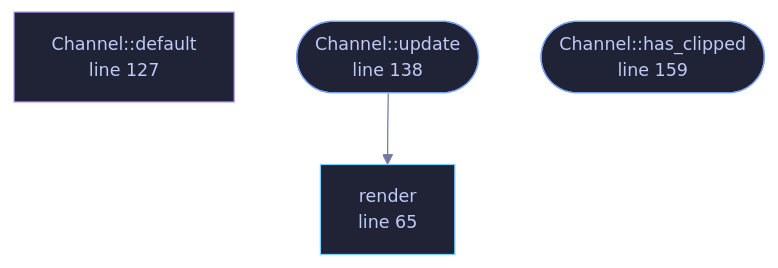
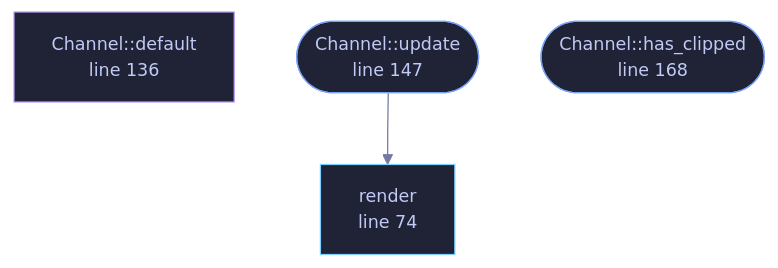
Before and after one commit to tilas01/veilvoice: the diagram in docs/files/veilvoice-cli/meter.md, drawn with Mermaid. The commit also changed other lines of this file and 487 other files, not shown here.

````diff
--- a/docs/files/veilvoice-cli/meter.md
+++ b/docs/files/veilvoice-cli/meter.md
@@ -97,19 +107,19 @@
 ```mermaid
 %%{init: {"theme":"base","themeVariables":{"background":"#1a1b26","primaryColor":"#1f2335","primaryTextColor":"#c0caf5","primaryBorderColor":"#7aa2f7","secondaryColor":"#16161e","tertiaryColor":"#16161e","lineColor":"#737aa2","textColor":"#c0caf5","mainBkg":"#1f2335","nodeBorder":"#7aa2f7","clusterBkg":"#16161e","clusterBorder":"#2f3549","fontFamily":"ui-monospace, SFMono-Regular, Consolas, monospace","fontSize":"14px"}}}%%
 flowchart TD
-    n_render["render<br/>line 65"]
-    n_default["Channel::default<br/>line 127"]
-    n_update(["Channel::update<br/>line 138"])
-    n_has_clipped(["Channel::has_clipped<br/>line 159"])
+    n_render["render<br/>line 74"]
+    n_default["Channel::default<br/>line 136"]
+    n_update(["Channel::update<br/>line 147"])
+    n_has_clipped(["Channel::has_clipped<br/>line 168"])
     n_update --> n_render
-    click n_render href "https://github.com/tilas01/veilvoice/blob/main/crates/veilvoice-cli/src/meter.rs#L65" "open the source"
-    click n_default href "https://github.com/tilas01/veilvoice/blob/main/crates/veilvoice-cli/src/meter.rs#L127" "open the source"
-    click n_update href "https://github.com/tilas01/veilvoice/blob/main/crates/veilvoice-cli/src/meter.rs#L138" "open the source"
-    click n_has_clipped href "https://github.com/tilas01/veilvoice/blob/main/crates/veilvoice-cli/src/meter.rs#L159" "open the source"
+    click n_render href "https://github.com/tilas01/veilvoice/blob/main/crates/veilvoice-cli/src/meter.rs#L74" "open the source"
+    click n_default href "https://github.com/tilas01/veilvoice/blob/main/crates/veilvoice-cli/src/meter.rs#L136" "open the source"
+    click n_update href "https://github.com/tilas01/veilvoice/blob/main/crates/veilvoice-cli/src/meter.rs#L147" "open the source"
+    click n_has_clipped href "https://github.com/tilas01/veilvoice/blob/main/crates/veilvoice-cli/src/meter.rs#L168" "open the source"
     classDef entry fill:#1f2335,stroke:#7aa2f7,color:#c0caf5
     class n_update,n_has_clipped entry
     classDef api fill:#1f2335,stroke:#7dcfff,color:#c0caf5
     class n_render api
     classDef helper fill:#1f2335,stroke:#bb9af7,color:#c0caf5
     class n_default helper
 ```
````
